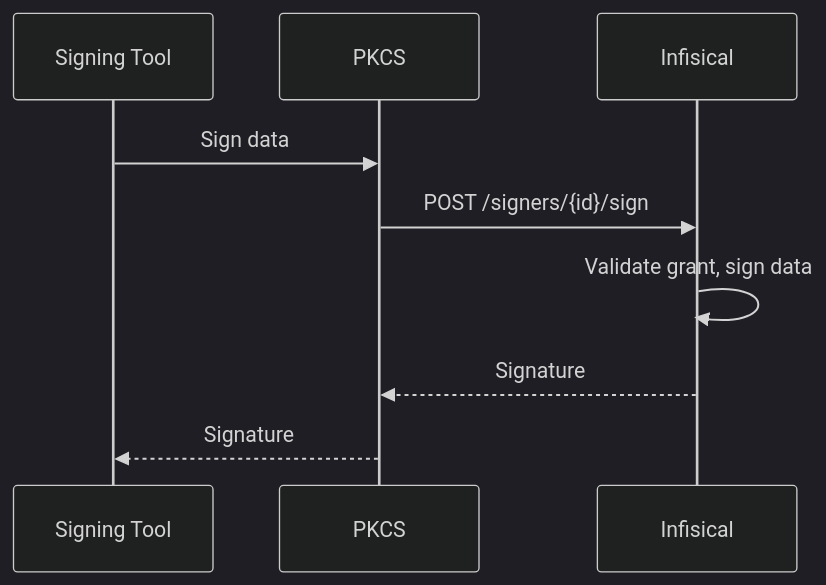
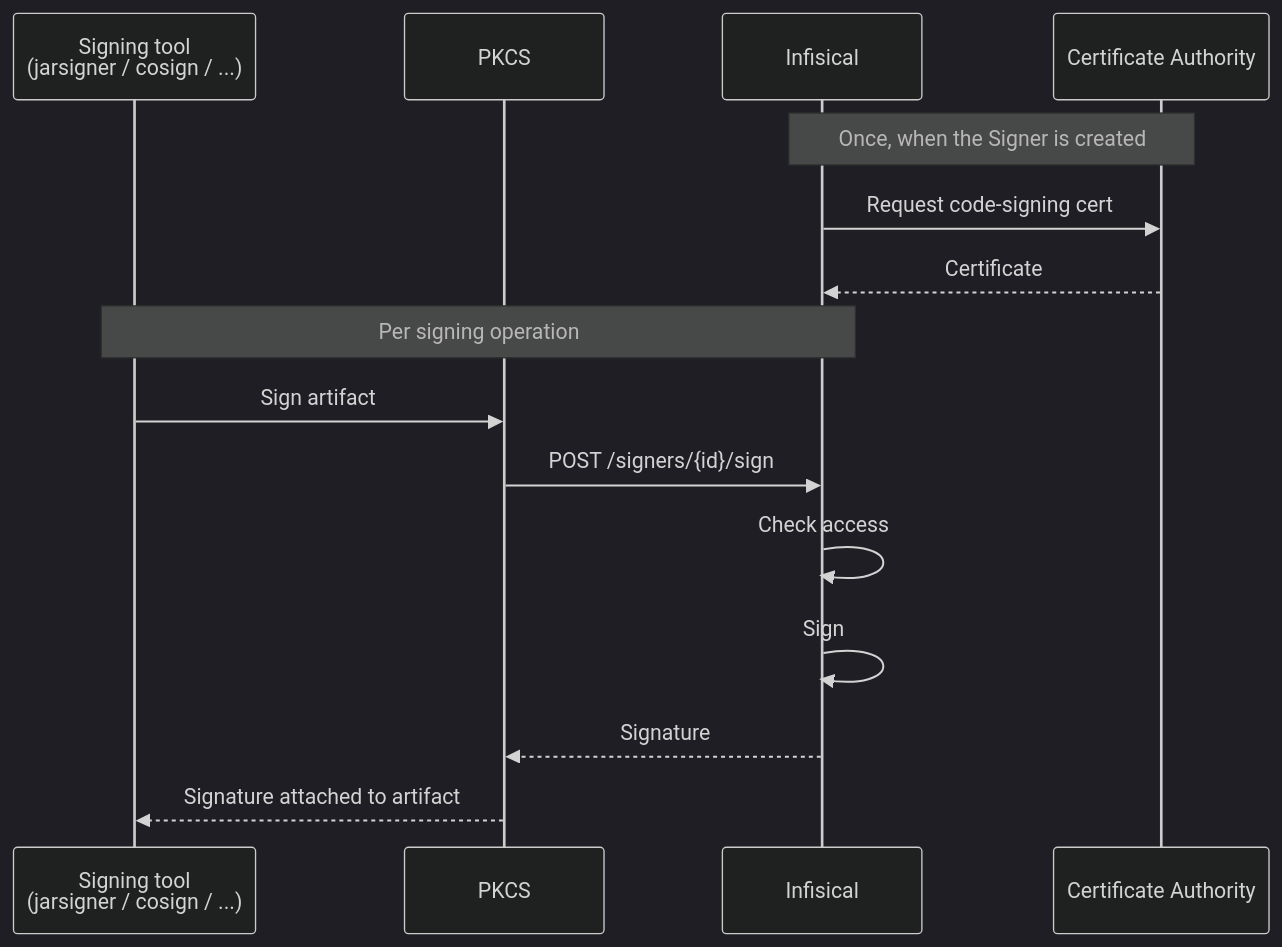
Before and after one commit to Infisical/infisical: the diagram in docs/documentation/platform/pki/code-signing/overview.mdx, drawn with Mermaid (dark theme). The commit also changed other lines of this file and 45 other files, not shown here.

Commit message:
Add code-signing doc changes

````diff
--- a/docs/documentation/platform/pki/code-signing/overview.mdx
+++ b/docs/documentation/platform/pki/code-signing/overview.mdx
@@ -17,12 +35,19 @@
 ```mermaid
 sequenceDiagram
-    participant Tool as Signing Tool
+    participant Tool as Signing tool<br/>(jarsigner / cosign / ...)
     participant PKCS as PKCS#11 Module
     participant Infisical as Infisical
+    participant CA as Certificate Authority
 
-    Tool->>PKCS: Sign data
+    Note over Infisical,CA: Once, when the Signer is created
+    Infisical->>CA: Request code-signing cert
+    CA-->>Infisical: Certificate
+
+    Note over Tool,Infisical: Per signing operation
+    Tool->>PKCS: Sign artifact
     PKCS->>Infisical: POST /signers/{id}/sign
-    Infisical->>Infisical: Validate grant, sign data
+    Infisical->>Infisical: Check access
+    Infisical->>Infisical: Sign
     Infisical-->>PKCS: Signature
-    PKCS-->>Tool: Signature
+    PKCS-->>Tool: Signature attached to artifact
 ```
````
